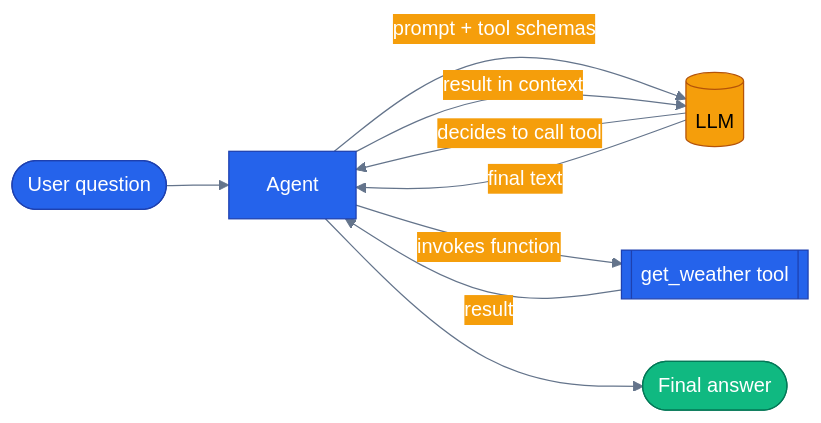
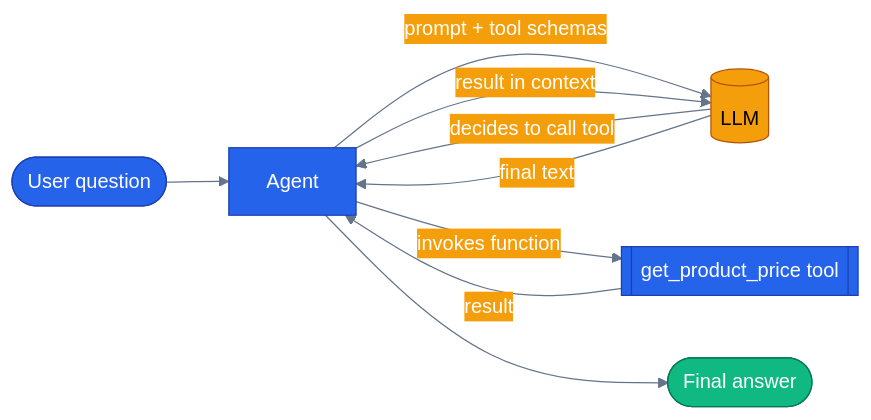
Before and after one commit to nitin27may/e-commerce-agents: the diagram in tutorials/02-add-tools/README.md, drawn with Mermaid. The commit also changed other lines of this file and 6 other files, not shown here.

First line of the commit message:
refactor(tutorials): finish de-toying chapter 02 onto product-price domain

````diff
--- a/tutorials/02-add-tools/README.md
+++ b/tutorials/02-add-tools/README.md
@@ -26,30 +26,30 @@
 ```mermaid
 %%{init: {'theme':'base', 'themeVariables': {
   'primaryColor': '#2563eb','primaryTextColor': '#ffffff','primaryBorderColor': '#1e40af',
   'lineColor': '#64748b','secondaryColor': '#f59e0b','tertiaryColor': '#10b981',
   'background': 'transparent'}}}%%
 flowchart LR
   classDef core     fill:#2563eb,stroke:#1e40af,color:#ffffff
   classDef external fill:#f59e0b,stroke:#b45309,color:#000000
   classDef success  fill:#10b981,stroke:#047857,color:#ffffff
 
   user([User question])
   agent[Agent]
   llm[(LLM)]
-  tool[[get_weather tool]]
+  tool[[get_product_price tool]]
   answer([Final answer])
 
   user --> agent
   agent -- "prompt + tool schemas" --> llm
   llm -- "decides to call tool" --> agent
   agent -- "invokes function" --> tool
   tool -- "result" --> agent
   agent -- "result in context" --> llm
   llm -- "final text" --> agent
   agent --> answer
 
   class agent core
   class llm external
   class tool core
   class answer success
 ```
````
